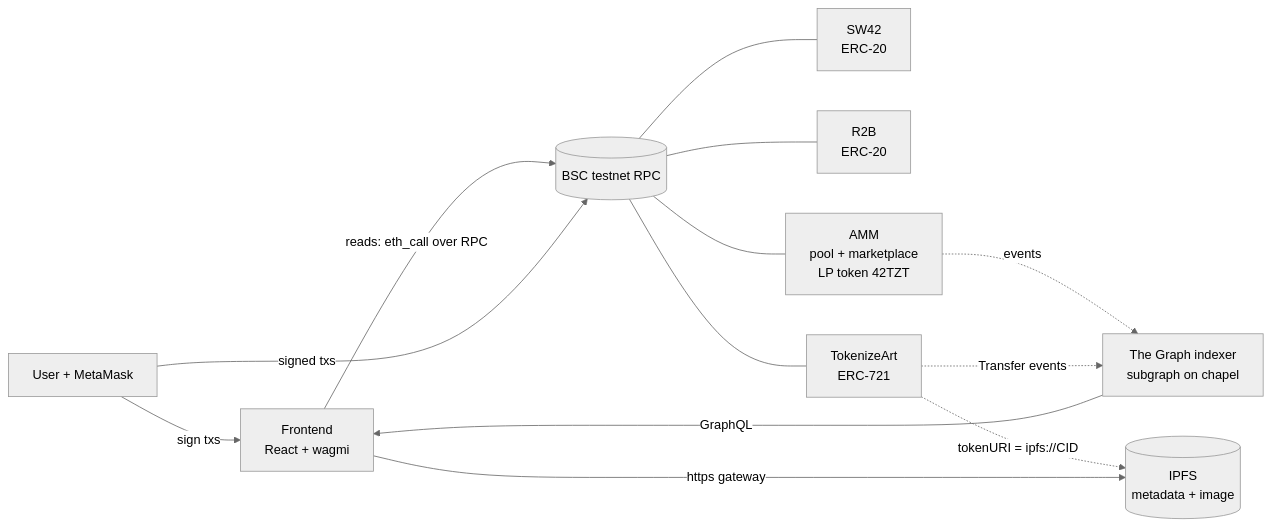
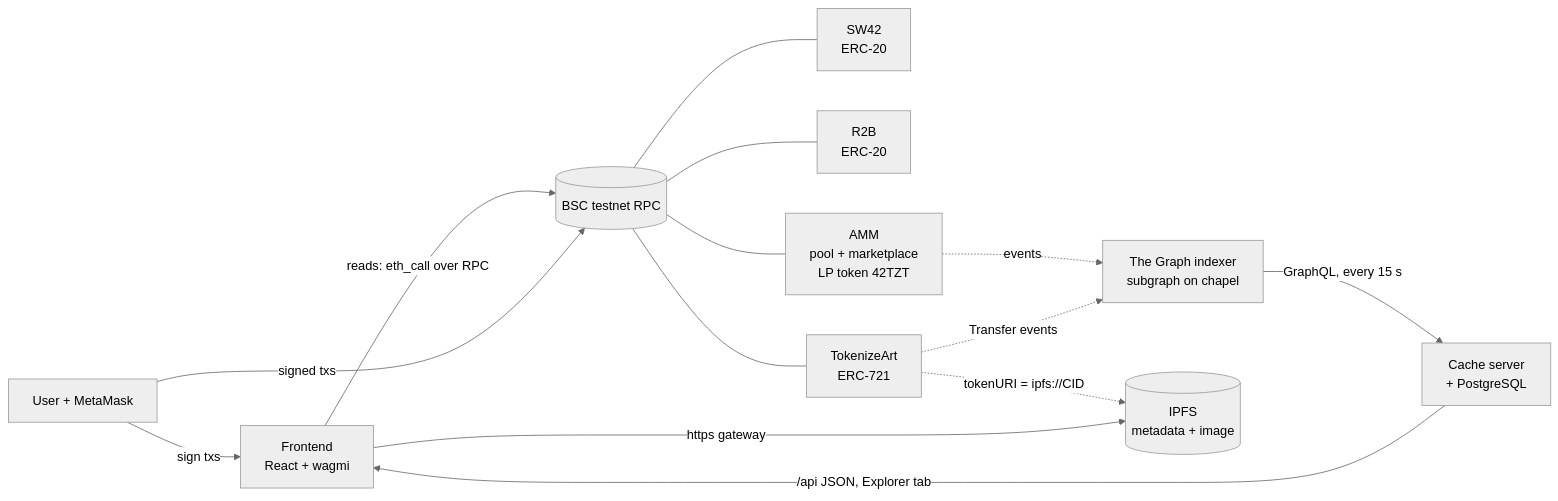
Before and after one commit to sunnnwo/TokenZswap: the first of 3 diagrams in documentation/architecture.md, drawn with Mermaid (neutral theme). The commit also changed other lines of this file and 16 other files, not shown here.

First line of the commit message:
Document the cache server and server deployment; add English study docs

````diff
--- a/documentation/architecture.md
+++ b/documentation/architecture.md
@@ -7,15 +7,16 @@
 ```mermaid
 flowchart LR
     U[User + MetaMask] -->|sign txs| FE[Frontend<br/>React + wagmi]
     FE -->|reads: eth_call over RPC| RPC[(BSC testnet RPC)]
     U -->|signed txs| RPC
     RPC --- A[SW42<br/>ERC-20]
     RPC --- B[R2B<br/>ERC-20]
     RPC --- AMM[AMM<br/>pool + marketplace<br/>LP token 42TZT]
     RPC --- NFT[TokenizeArt<br/>ERC-721]
     AMM -. events .-> G[The Graph indexer<br/>subgraph on chapel]
     NFT -. Transfer events .-> G
-    G -->|GraphQL| FE
+    G -->|GraphQL, every 15 s| CS[Cache server<br/>+ PostgreSQL]
+    CS -->|/api JSON, Explorer tab| FE
     NFT -. tokenURI = ipfs://CID .-> IPFS[(IPFS<br/>metadata + image)]
     FE -->|https gateway| IPFS
 ```
````
